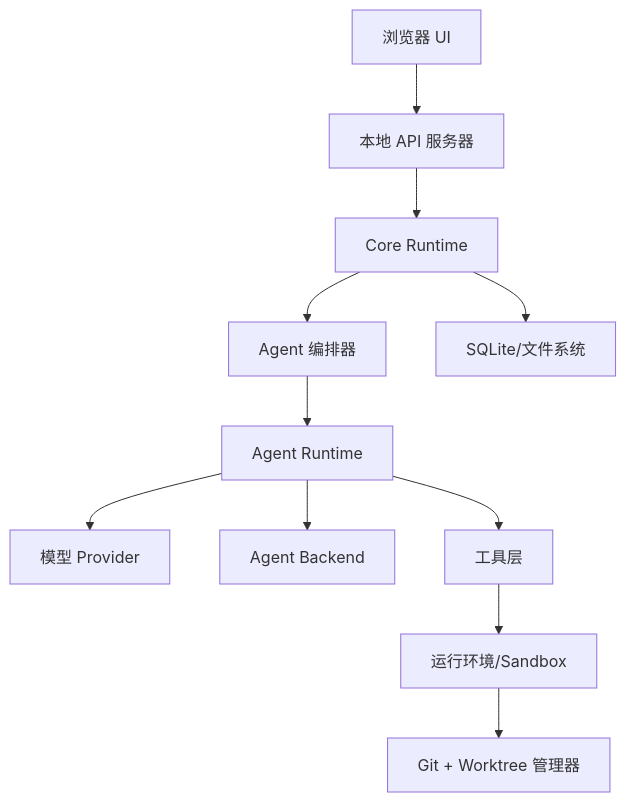
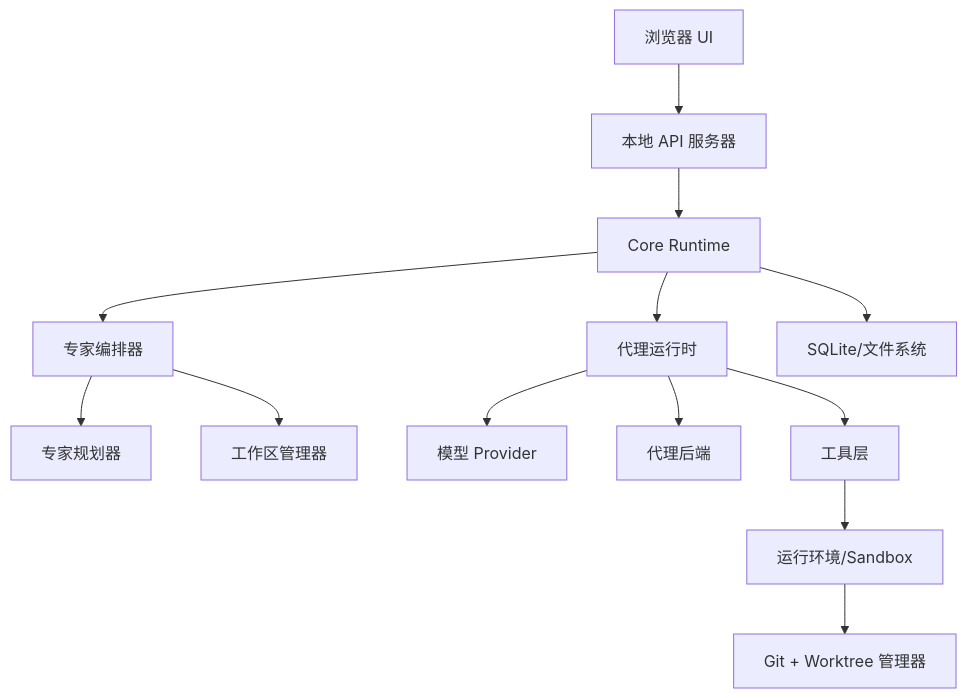
The second of 8 diagrams in .qoder/repowiki/zh/content/核心服务模块/任务编排流程.md (coconilu/RepoHelm), drawn with Mermaid before and after one commit. The commit also changed other lines of this file and 14 other files, not shown here.

````diff
--- a/.qoder/repowiki/zh/content/核心服务模块/任务编排流程.md
+++ b/.qoder/repowiki/zh/content/核心服务模块/任务编排流程.md
@@ -118,24 +144,28 @@
 ```mermaid
 graph TB
 UI["浏览器 UI"]
 API["本地 API 服务器"]
 CORE["Core Runtime"]
-ORCH["Agent 编排器"]
-RUNTIME["Agent Runtime"]
+ORCH["专家编排器"]
+PLANNER["专家规划器"]
+WORKSPACE["工作区管理器"]
+RUNTIME["代理运行时"]
 MODEL["模型 Provider"]
-BACKEND["Agent Backend"]
+BACKEND["代理后端"]
 TOOLS["工具层"]
 SANDBOX["运行环境/Sandbox"]
 GIT["Git + Worktree 管理器"]
 STORE["SQLite/文件系统"]
 UI --> API
 API --> CORE
 CORE --> ORCH
-ORCH --> RUNTIME
+ORCH --> PLANNER
+ORCH --> WORKSPACE
+CORE --> RUNTIME
 RUNTIME --> MODEL
 RUNTIME --> BACKEND
 RUNTIME --> TOOLS
 TOOLS --> SANDBOX
 SANDBOX --> GIT
 CORE --> STORE
 ```
````
